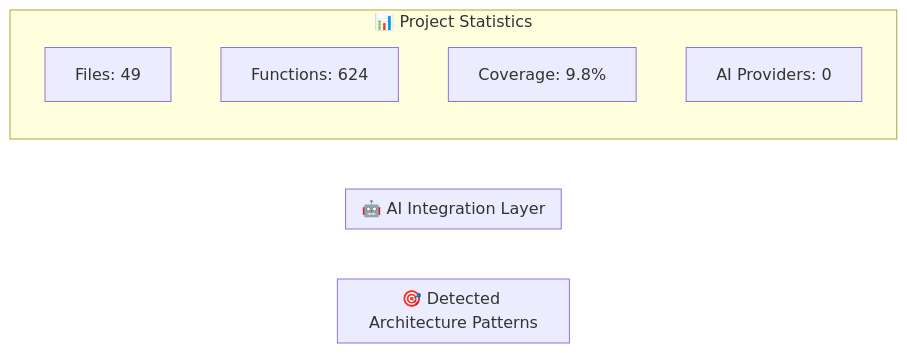
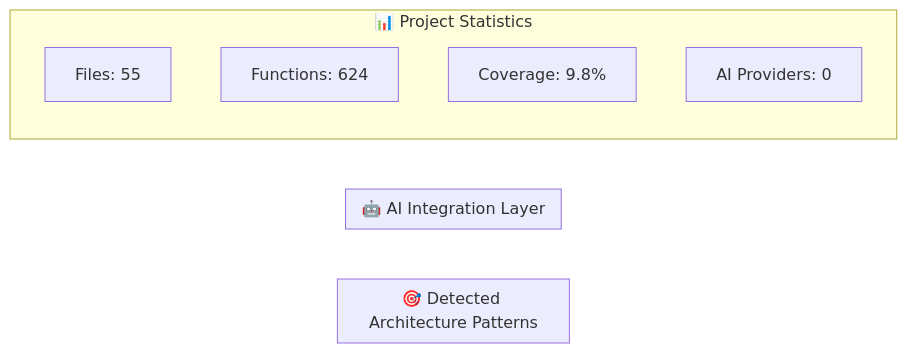
The second of 4 diagrams in ARCHITECTURE_DIAGRAM.md (Spitfire-Products/Arkival-V4), drawn with Mermaid before and after one commit. The commit also changed other lines of this file and 12 other files, not shown here.

````diff
--- a/ARCHITECTURE_DIAGRAM.md
+++ b/ARCHITECTURE_DIAGRAM.md
@@ -40,17 +40,17 @@
 ```mermaid
 graph LR
     subgraph "🎯 Detected Architecture Patterns"
         
     end
 
     subgraph "🤖 AI Integration Layer"
         
     end
 
     subgraph "📊 Project Statistics"
-        STATS1[Files: 49]
+        STATS1[Files: 55]
         STATS2[Functions: 624]
         STATS3[Coverage: 9.8%]
         STATS4[AI Providers: 0]
     end
 ```
````
